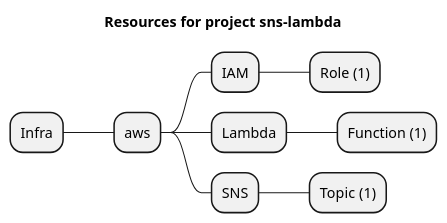
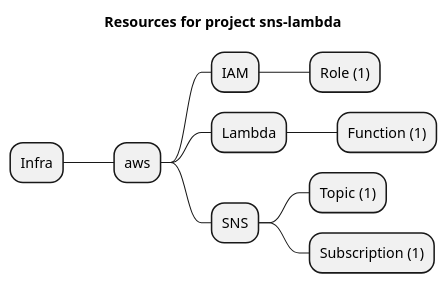
One commit to grucloud/grucloud changed the diagram in examples/aws/serverless-patterns/sns-lambda/artifacts/resources-mindmap.puml. Above: the diagram before and after it, drawn with PlantUML. The commit also changed 31 other files, not shown here.

```diff
--- a/examples/aws/serverless-patterns/sns-lambda/artifacts/resources-mindmap.puml
+++ b/examples/aws/serverless-patterns/sns-lambda/artifacts/resources-mindmap.puml
@@ -1,12 +1,13 @@
 @startmindmap
 title Resources for project sns-lambda
 skinparam monochrome true
 + Infra
 ++ aws
 +++ IAM
 ++++ Role (1)
 +++ Lambda
 ++++ Function (1)
 +++ SNS
 ++++ Topic (1)
+++++ Subscription (1)
 @endmindmap
```
